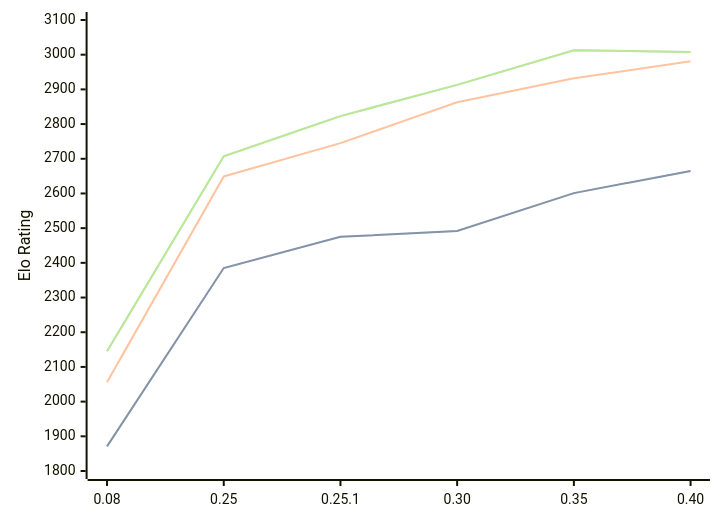
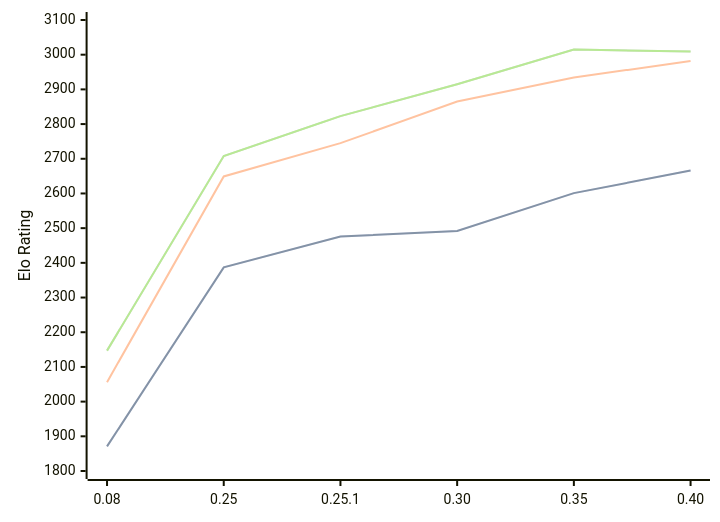
Before and after one commit to computer-chess-index/cci: the third of 3 diagrams in engines/Gecko.md, drawn with Mermaid. The commit also changed other lines of this file, not shown here.

Commit message:
Update CCI Ratings (ELO VLTC) - 2026-06-23

````diff
--- a/engines/Gecko.md
+++ b/engines/Gecko.md
@@ -69,11 +69,11 @@
 ```mermaid
 %%{init: {"theme":"base","themeVariables":{"seriesColors:['#a3a3a3','#222221','#faa371']}}}%%
 xychart-beta
   x-axis ["0.08", "0.25", "0.25.1", "0.30", "0.35", "0.40"]
   y-axis "Elo Rating" 1800 --> 3100
-  line "STC (8.0+0.08s)" [1871, 2385, 2475, 2492, 2601, 2665]
-  line "STC (8.0+0.08s)" [1871, 2385, 2475, 2492, 2601, 2665]
-  line "LTC (60.0+0.60s)" [2056, 2649, 2745, 2863, 2932, 2981]
-  line "VLTC (2m24s+1.12s)" [2145, 2707, 2823, 2913, 3013, 3008]
-  line "VLTC (2m24s+1.12s)" [2145, 2707, 2823, 2913, 3013, 3008]
+  line "STC (8.0+0.08s)" [1871, 2387, 2476, 2492, 2601, 2666]
+  line "STC (8.0+0.08s)" [1871, 2387, 2476, 2492, 2601, 2666]
+  line "LTC (60.0+0.60s)" [2056, 2649, 2745, 2865, 2934, 2982]
+  line "VLTC (2m24s+1.12s)" [2147, 2708, 2823, 2915, 3015, 3009]
+  line "VLTC (2m24s+1.12s)" [2147, 2708, 2823, 2915, 3015, 3009]
 ```
````
